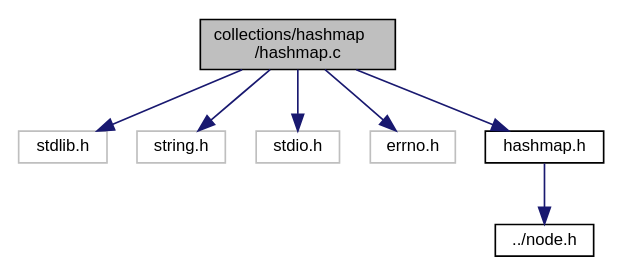
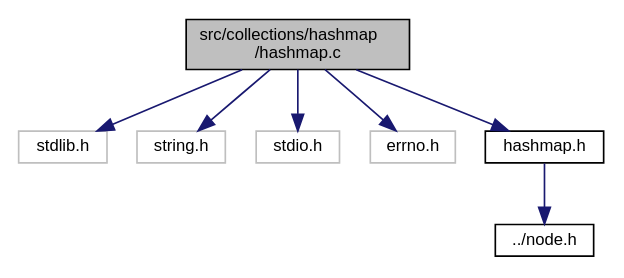
The diagram in docs/docspages/hashmap_8c__incl.dot (N1ghtF1re/C-Collections), drawn with Graphviz before and after one commit. The commit also changed 174 other files, not shown here.

```diff
--- a/docs/docspages/hashmap_8c__incl.dot
+++ b/docs/docspages/hashmap_8c__incl.dot
@@ -1,18 +1,18 @@
-digraph "collections/hashmap/hashmap.c"
+digraph "src/collections/hashmap/hashmap.c"
 {
   edge [fontname="Helvetica",fontsize="10",labelfontname="Helvetica",labelfontsize="10"];
   node [fontname="Helvetica",fontsize="10",shape=record];
-  Node0 [label="collections/hashmap\l/hashmap.c",height=0.2,width=0.4,color="black", fillcolor="grey75", style="filled", fontcolor="black"];
+  Node0 [label="src/collections/hashmap\l/hashmap.c",height=0.2,width=0.4,color="black", fillcolor="grey75", style="filled", fontcolor="black"];
   Node0 -> Node1 [color="midnightblue",fontsize="10",style="solid",fontname="Helvetica"];
   Node1 [label="stdlib.h",height=0.2,width=0.4,color="grey75", fillcolor="white", style="filled"];
   Node0 -> Node2 [color="midnightblue",fontsize="10",style="solid",fontname="Helvetica"];
   Node2 [label="string.h",height=0.2,width=0.4,color="grey75", fillcolor="white", style="filled"];
   Node0 -> Node3 [color="midnightblue",fontsize="10",style="solid",fontname="Helvetica"];
   Node3 [label="stdio.h",height=0.2,width=0.4,color="grey75", fillcolor="white", style="filled"];
   Node0 -> Node4 [color="midnightblue",fontsize="10",style="solid",fontname="Helvetica"];
   Node4 [label="errno.h",height=0.2,width=0.4,color="grey75", fillcolor="white", style="filled"];
   Node0 -> Node5 [color="midnightblue",fontsize="10",style="solid",fontname="Helvetica"];
   Node5 [label="hashmap.h",height=0.2,width=0.4,color="black", fillcolor="white", style="filled",URL="$hashmap_8h.html",tooltip="File containing interface of hashMap. "];
   Node5 -> Node6 [color="midnightblue",fontsize="10",style="solid",fontname="Helvetica"];
   Node6 [label="../node.h",height=0.2,width=0.4,color="black", fillcolor="white", style="filled",URL="$node_8h.html"];
 }
```
